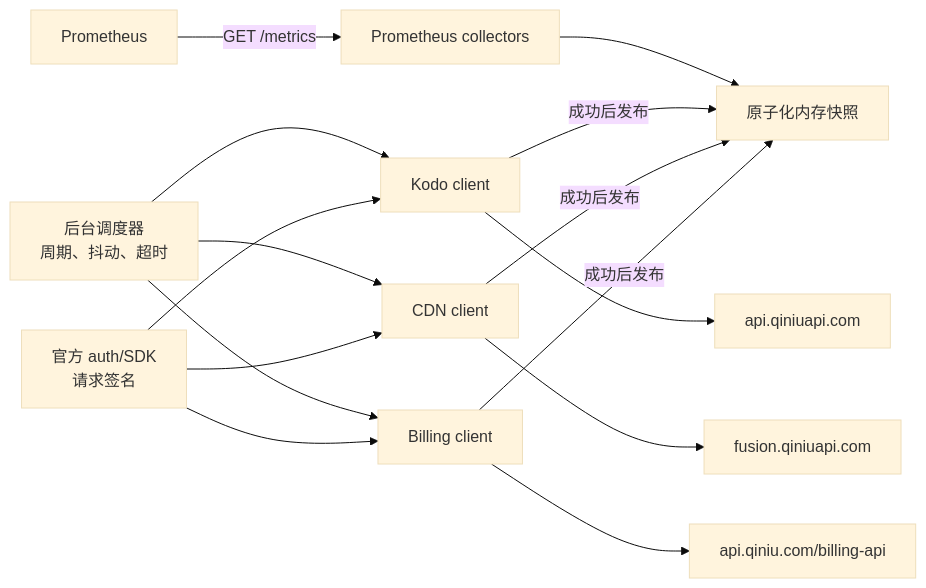
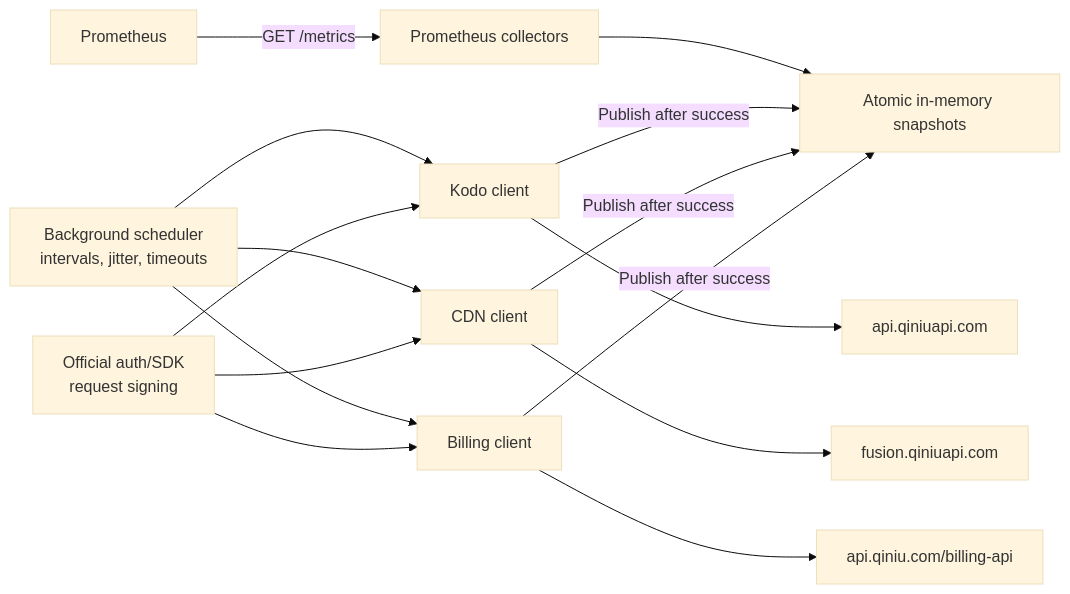
Before and after one commit to airsmon/qiniu_exporter: the diagram in DESIGN.md, drawn with Mermaid (base theme). The commit also changed other lines of this file and 12 other files, not shown here.

````diff
--- a/DESIGN.md
+++ b/DESIGN.md
@@ -48,21 +50,21 @@
 ```mermaid
 flowchart LR
     P["Prometheus"] -->|"GET /metrics"| C["Prometheus collectors"]
-    C --> S["原子化内存快照"]
+    C --> S["Atomic in-memory snapshots"]
 
-    SCH["后台调度器<br/>周期、抖动、超时"] --> K["Kodo client"]
+    SCH["Background scheduler<br/>intervals, jitter, timeouts"] --> K["Kodo client"]
     SCH --> D["CDN client"]
     SCH --> B["Billing client"]
 
-    K -->|"成功后发布"| S
-    D -->|"成功后发布"| S
-    B -->|"成功后发布"| S
+    K -->|"Publish after success"| S
+    D -->|"Publish after success"| S
+    B -->|"Publish after success"| S
 
-    A["官方 auth/SDK<br/>请求签名"] --> K
+    A["Official auth/SDK<br/>request signing"] --> K
     A --> D
     A --> B
 
     K --> KA["api.qiniuapi.com"]
     D --> DA["fusion.qiniuapi.com"]
     B --> BA["api.qiniu.com/billing-api"]
 ```
````
